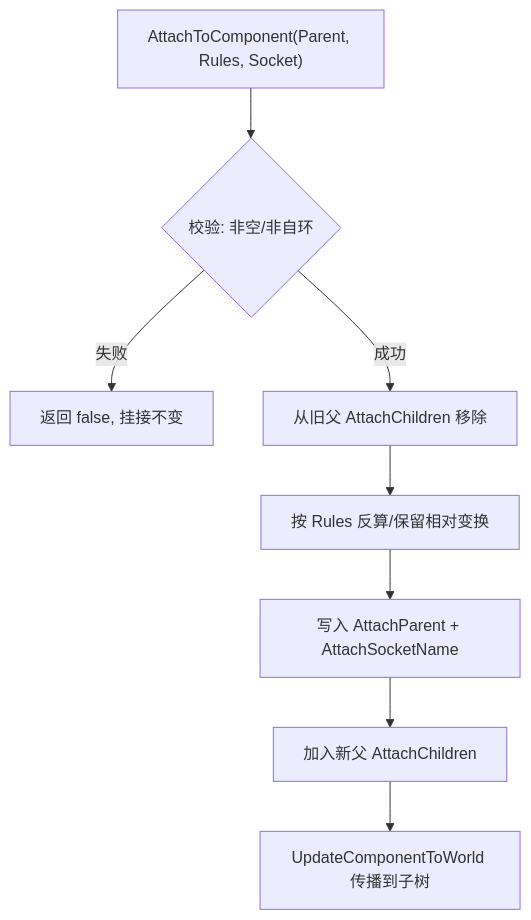
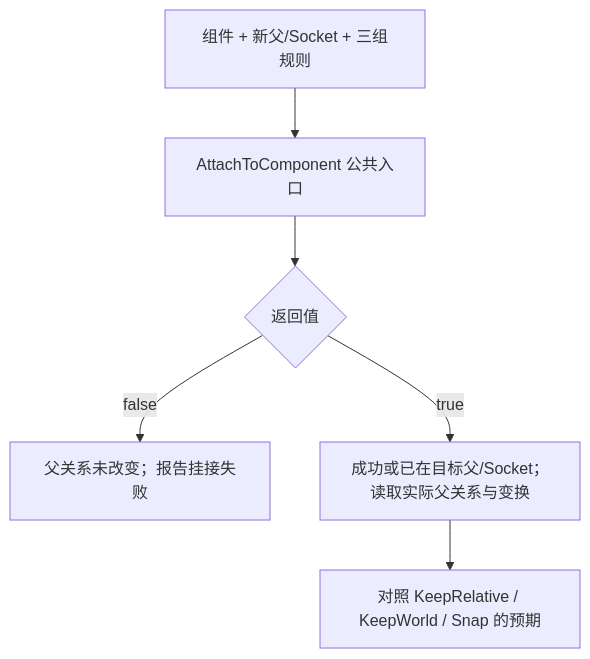
The diagram in 知识/04-图形动画与物理仿真/空间层级与变换/05-场景组件与变换体系.md (fantuan812/learning), drawn with Mermaid before and after one commit. The commit also changed other lines of this file and 2 other files, not shown here.

````diff
--- a/知识/04-图形动画与物理仿真/空间层级与变换/05-场景组件与变换体系.md
+++ b/知识/04-图形动画与物理仿真/空间层级与变换/05-场景组件与变换体系.md
@@ -141,10 +311,8 @@
 ```mermaid
 flowchart TD
-    A["AttachToComponent(Parent, Rules, Socket)"] --> B{"校验: 非空/非自环"}
-    B -- 失败 --> Z["返回 false, 挂接不变"]
-    B -- 成功 --> C["从旧父 AttachChildren 移除"]
-    C --> D["按 Rules 反算/保留相对变换"]
-    D --> E["写入 AttachParent + AttachSocketName"]
-    E --> F["加入新父 AttachChildren"]
-    F --> G["UpdateComponentToWorld 传播到子树"]
+    A["组件 + 新父/Socket + 三组规则"] --> B["AttachToComponent 公共入口"]
+    B --> C{"返回值"}
+    C -- false --> D["父关系未改变；报告挂接失败"]
+    C -- true --> E["成功或已在目标父/Socket；读取实际父关系与变换"]
+    E --> F["对照 KeepRelative / KeepWorld / Snap 的预期"]
 ```
````
